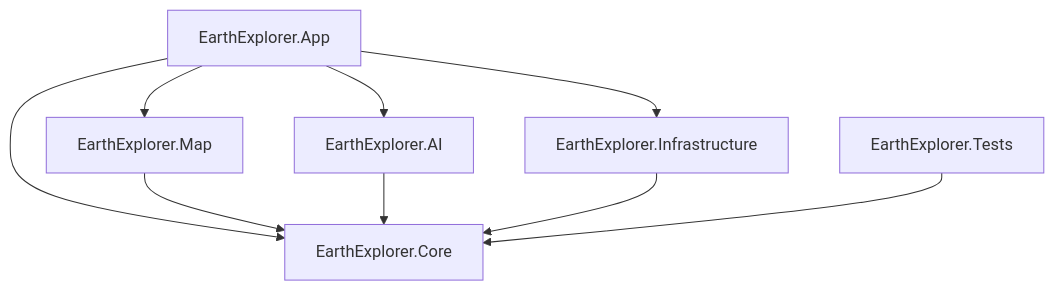
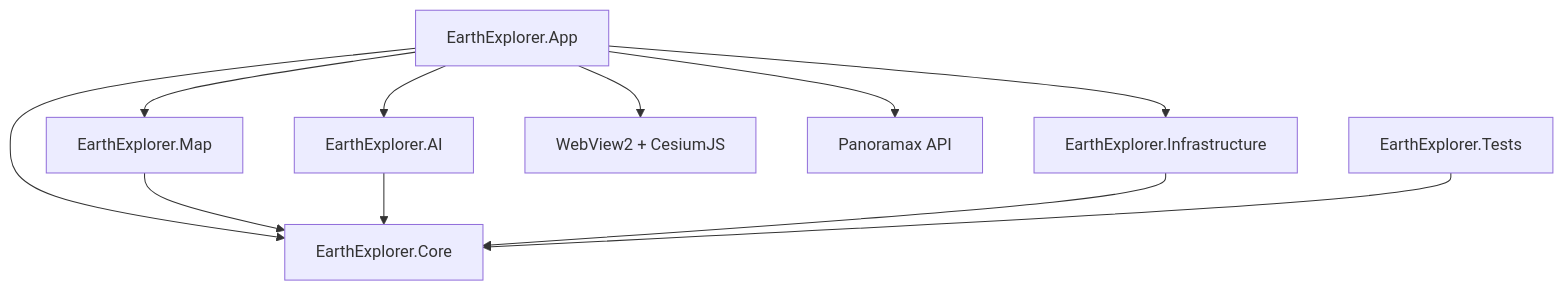
Before and after one commit to saveliyshap22-crypto/ExploreEarth: the diagram in docs/ARCHITECTURE.md, drawn with Mermaid. The commit also changed other lines of this file and 14 other files, not shown here.

````diff
--- a/docs/ARCHITECTURE.md
+++ b/docs/ARCHITECTURE.md
@@ -28,11 +31,13 @@
 ```mermaid
 flowchart TD
     App[EarthExplorer.App] --> Core[EarthExplorer.Core]
     App --> Map[EarthExplorer.Map]
     App --> AI[EarthExplorer.AI]
     App --> Infra[EarthExplorer.Infrastructure]
+    App --> WebView2[WebView2 + CesiumJS]
+    App --> Panoramax[Panoramax API]
     Map --> Core
     AI --> Core
     Infra --> Core
     Tests[EarthExplorer.Tests] --> Core
 ```
````
